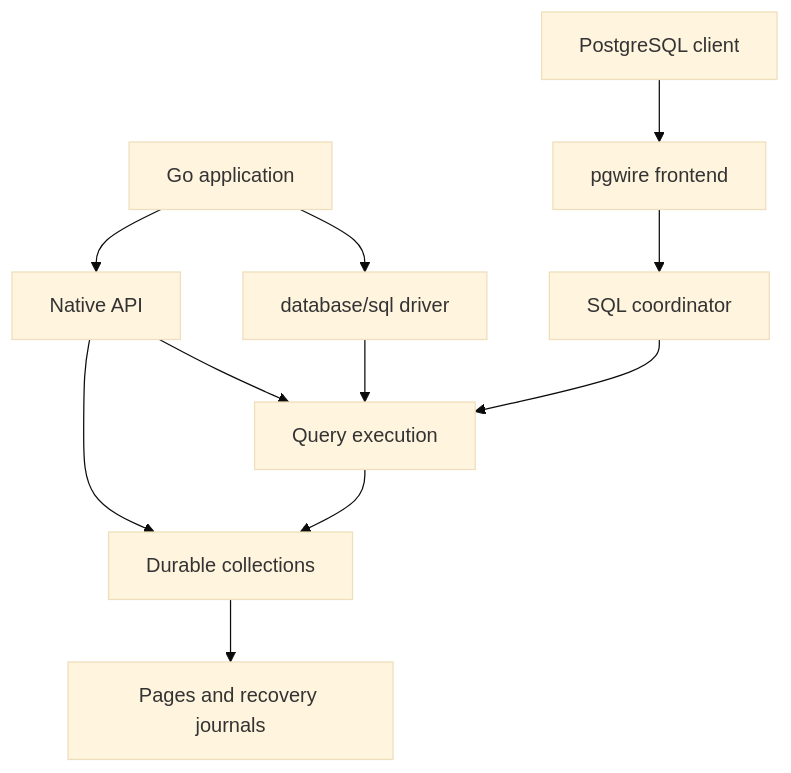
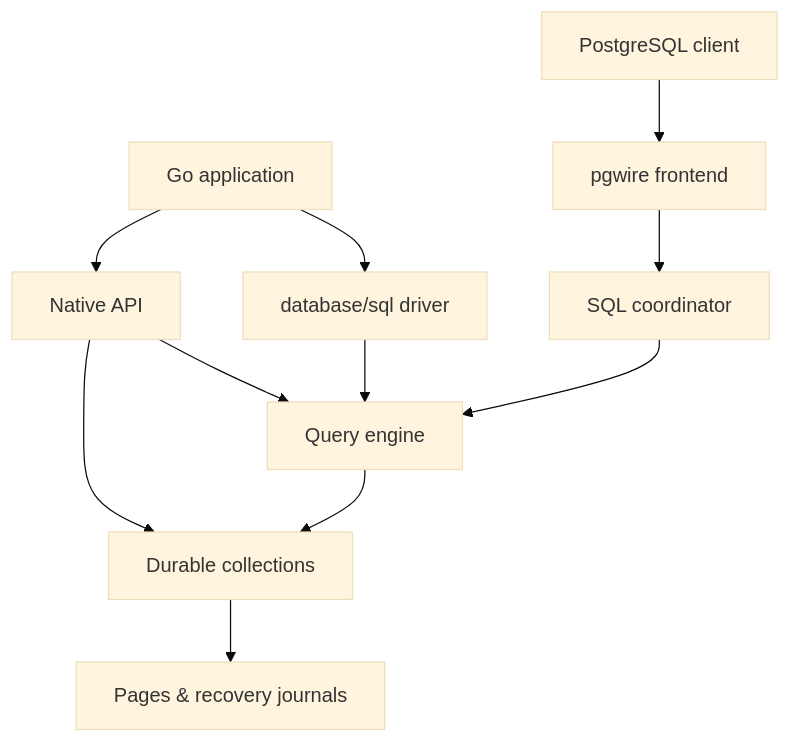
One commit to thesyncim/vibedb changed the first of 2 diagrams in docs/architecture.md. Above: the diagram before and after it, drawn with Mermaid (base theme). The commit also changed other lines of this file and 1871 other files, not shown here.

````diff
--- a/docs/architecture.md
+++ b/docs/architecture.md
@@ -11,13 +11,13 @@
 ```mermaid
 flowchart TB
     App[Go application] --> Native[Native API]
     App --> Driver[database/sql driver]
     Client[PostgreSQL client] --> Frontend[pgwire frontend]
-    Native --> Query[Query execution]
+    Native --> Query[Query engine]
     Driver --> Query
     Frontend --> Coordinator[SQL coordinator]
     Coordinator --> Query
     Native --> Storage[Durable collections]
     Query --> Storage
-    Storage --> Files[Pages and recovery journals]
+    Storage --> Files[Pages & recovery journals]
 ```
````
